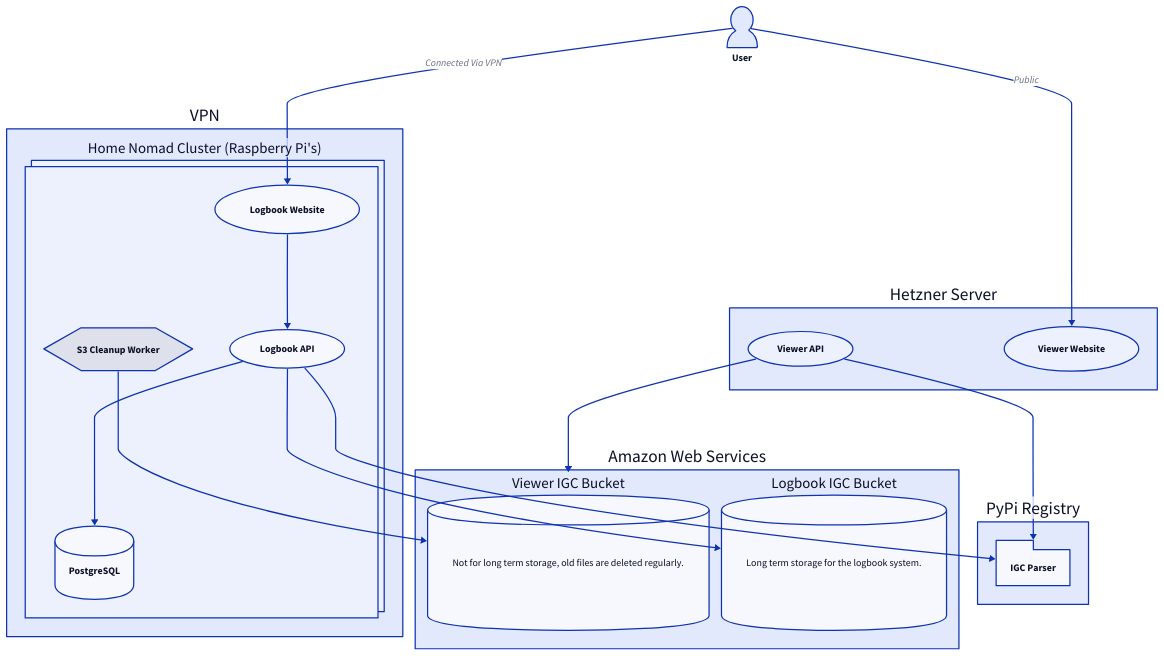
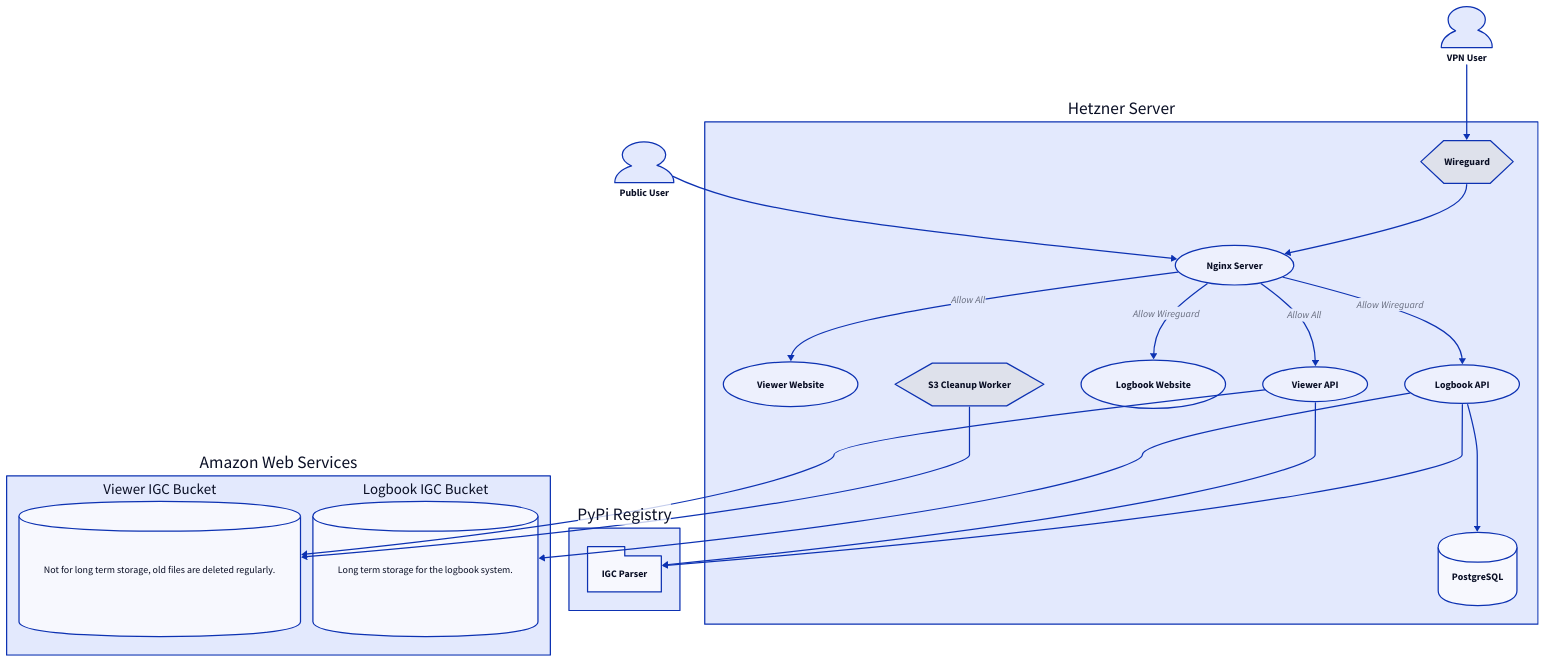
One commit to millarcalder/flightlog changed the diagram in architecture.d2. Above: the diagram before and after it, drawn with D2. The commit also changed 1 other file, not shown here.

Commit message:
update architecture diagram

```diff
--- a/architecture.d2
+++ b/architecture.d2
@@ -1,74 +1,77 @@
 # To build this diagram run the following command:
 # d2 architecture.d2 architecture.svg -t 300 --layout elk --sketch
 
-user: User {
+public_user: Public User {
+  shape: person
+}
+wireguard_user: VPN User {
   shape: person
 }
 
 aws: Amazon Web Services {
   viewer_igc_bucket: Viewer IGC Bucket {
     shape: cylinder
 
     description: |md
       Not for long term storage, old files are deleted regularly.
     |
   }
 
   logbook_igc_bucket: Logbook IGC Bucket {
     shape: cylinder
 
     description: |md
       Long term storage for the logbook system.
     |
   }
 }
 
 pypi: PyPi Registry {
   igc_parser: IGC Parser {
     shape: package
   }
 }
 
-vpn: VPN {
-  nomad_cluster: Home Nomad Cluster (Raspberry Pi's) {
-    # style
-    style.multiple: true
-
-    # shapes
-    logbook_api: Logbook API {
-      shape: oval
-    }
-    logbook_website: Logbook Website {
-      shape: oval
-    }
-    s3_cleanup_worker: S3 Cleanup Worker {
-      shape: hexagon
-    }
-    psql: PostgreSQL {
-      shape: cylinder
-    }
-
-    logbook_website -> logbook_api
-    logbook_api -> psql
+server: Hetzner Server {
+  wireguard: Wireguard {
+    shape: hexagon
   }
-}
-
-public_cloud_server: Hetzner Server {
-  # shapes
-  viewer_api: Viewer API {
+  nginx: Nginx Server {
     shape: oval
   }
   viewer_website: Viewer Website {
     shape: oval
   }
+  viewer_api: Viewer API {
+    shape: oval
+  }
+  logbook_website: Logbook Website {
+    shape: oval
+  }
+  logbook_api: Logbook API {
+    shape: oval
+  }
+  s3_cleanup_worker: S3 Cleanup Worker {
+    shape: hexagon
+  }
+  psql: PostgreSQL {
+    shape: cylinder
+  }
+
+  wireguard -> nginx
+  nginx -> viewer_website: Allow All
+  nginx -> logbook_website: Allow Wireguard
+  nginx -> viewer_api: Allow All
+  nginx -> logbook_api: Allow Wireguard
+  logbook_api -> psql
 }
 
-user -> vpn.nomad_cluster.logbook_website: Connected Via VPN
-user -> public_cloud_server.viewer_website: Public
+public_user -> server.nginx
+wireguard_user -> server.wireguard
 
-vpn.nomad_cluster.logbook_api -> aws.logbook_igc_bucket
-vpn.nomad_cluster.s3_cleanup_worker -> aws.viewer_igc_bucket
-public_cloud_server.viewer_api -> aws.viewer_igc_bucket
+server.logbook_api -> aws.logbook_igc_bucket
+server.s3_cleanup_worker -> aws.viewer_igc_bucket
+server.viewer_api -> aws.viewer_igc_bucket
 
-vpn.nomad_cluster.logbook_api -> pypi.igc_parser
-public_cloud_server.viewer_api -> pypi.igc_parser
+server.logbook_api -> pypi.igc_parser
+server.viewer_api -> pypi.igc_parser
```
